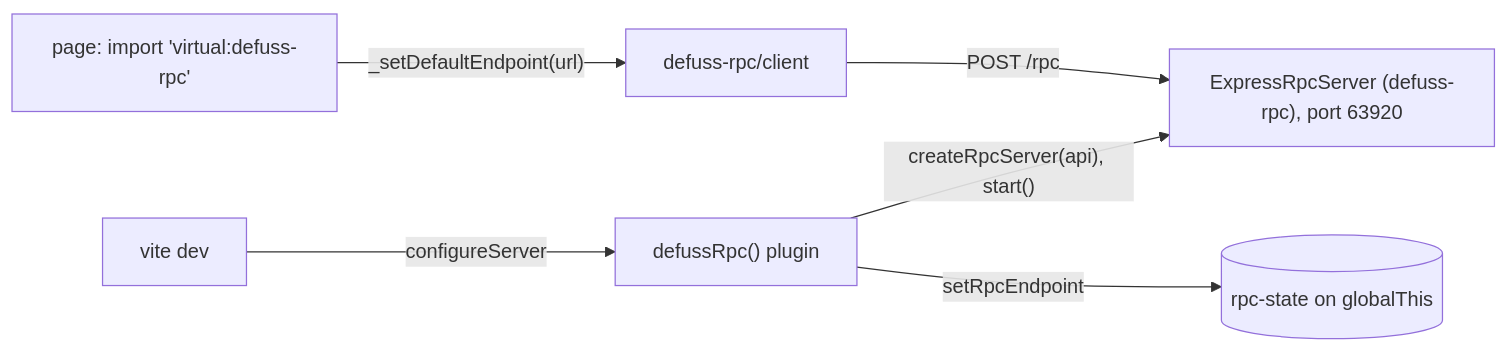
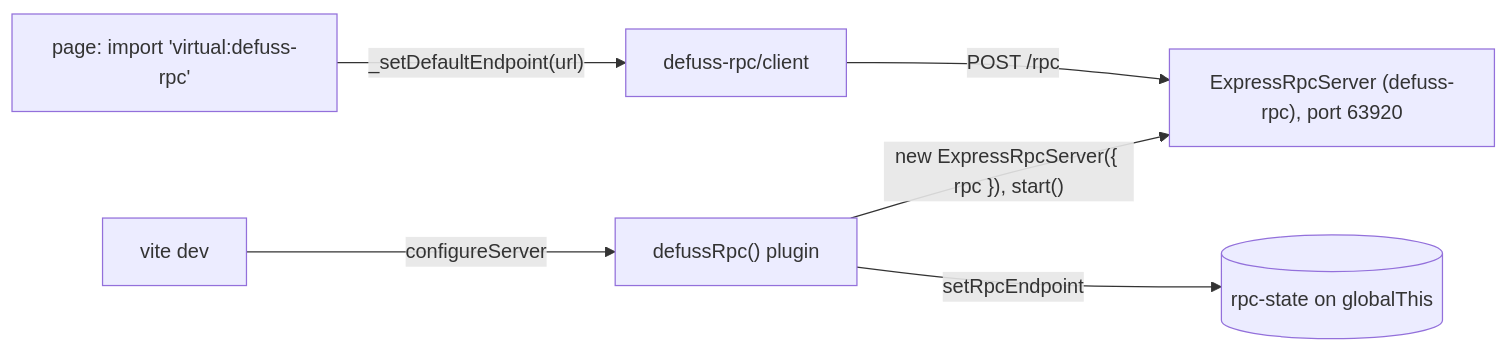
One commit to kyr0/defuss-rpc changed the diagram in integrations/vite/ARCH.md. Above: the diagram before and after it, drawn with Mermaid. The commit also changed other lines of this file and 48 other files, not shown here.

First line of the commit message:
defuss-rpc 4.0.0: createRpcServer() returns a server of its own

````diff
--- a/integrations/vite/ARCH.md
+++ b/integrations/vite/ARCH.md
@@ -3,8 +3,8 @@
 ```mermaid
 flowchart LR
   vite["vite dev"] -- configureServer --> plugin["defussRpc() plugin"]
-  plugin -- "createRpcServer(api), start()" --> server["ExpressRpcServer (defuss-rpc), port 63920"]
+  plugin -- "new ExpressRpcServer({ rpc }), start()" --> server["ExpressRpcServer (defuss-rpc), port 63920"]
   plugin -- setRpcEndpoint --> state[("rpc-state on globalThis")]
   page["page: import 'virtual:defuss-rpc'"] -- "_setDefaultEndpoint(url)" --> client["defuss-rpc/client"]
   client -- "POST /rpc" --> server
 ```
````
